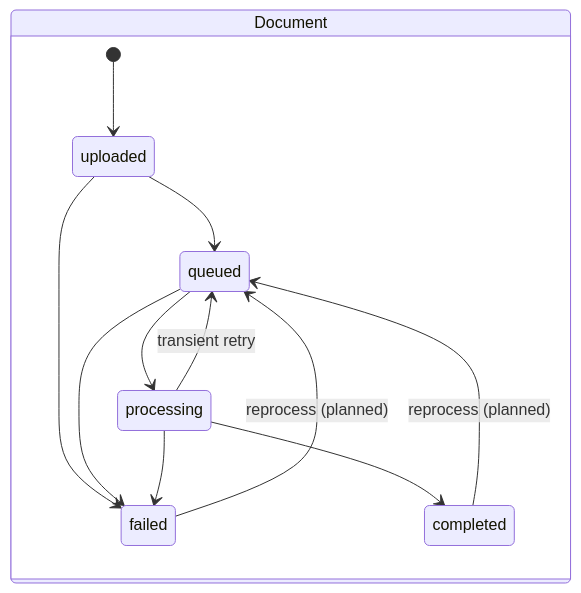
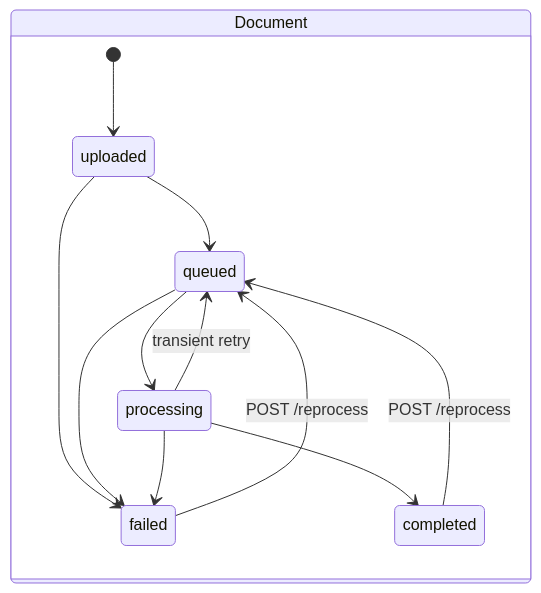
Before and after one commit to shahil5z/document-intelligence-analysis: the fourth of 6 diagrams in docs/architecture.md, drawn with Mermaid. The commit also changed other lines of this file and 8 other files, not shown here.

Commit message:
docs: document DIP2 processing, retrieval, RAG and security; add DIP2 handoff, update README, architecture, portfolio and DIP3 handoff

````diff
--- a/docs/architecture.md
+++ b/docs/architecture.md
@@ -89,16 +97,16 @@
 ```mermaid
 stateDiagram-v2
     direction LR
     state "Document" as doc {
         [*] --> uploaded
         uploaded --> queued
         uploaded --> failed
         queued --> processing
         queued --> failed
         processing --> completed
         processing --> failed
         processing --> queued: transient retry
-        completed --> queued: reprocess (planned)
-        failed --> queued: reprocess (planned)
+        completed --> queued: POST /reprocess
+        failed --> queued: POST /reprocess
     }
 ```
````
